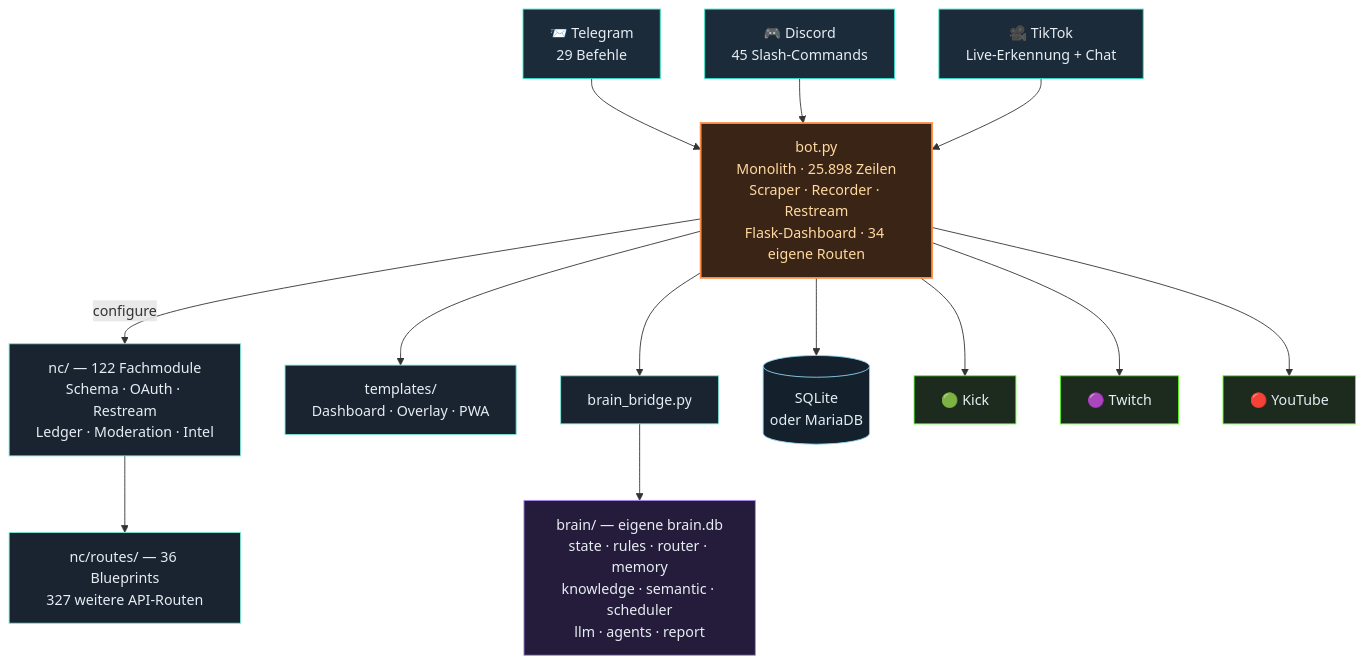
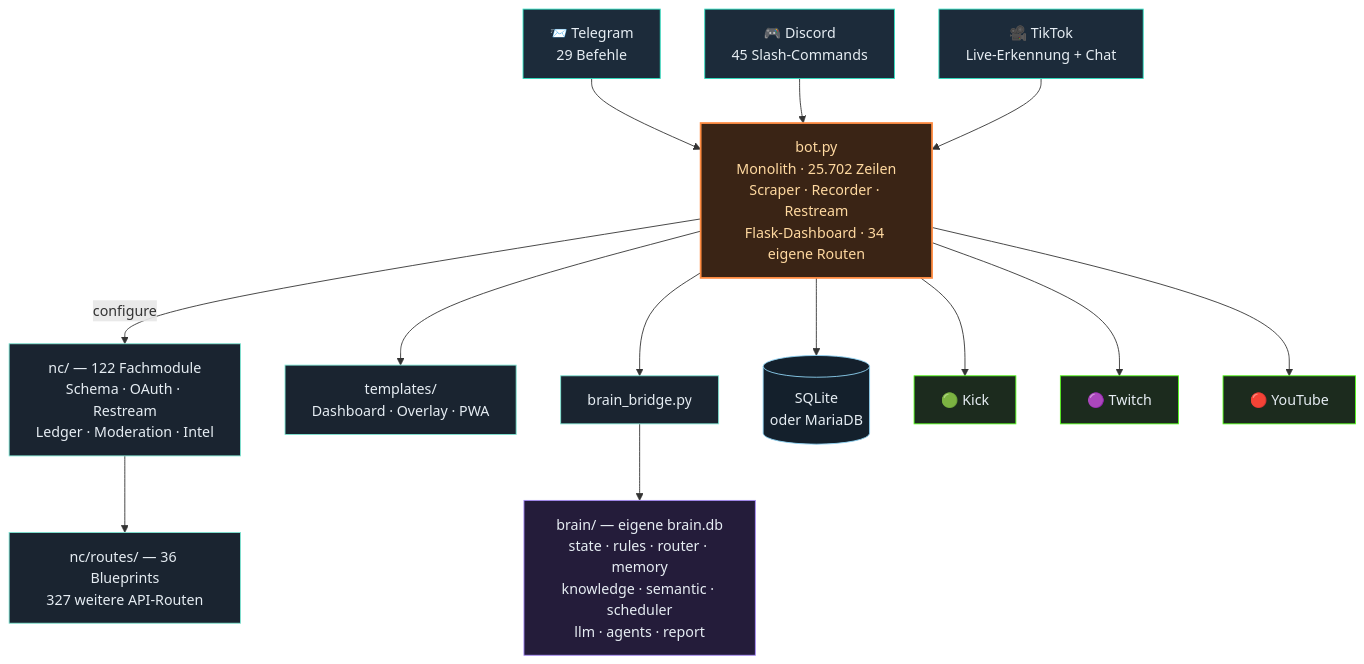
Before and after one commit to itsamemedev/Telegram-Stream-Info-Bot: the third of 4 diagrams in README.md, drawn with Mermaid. The commit also changed other lines of this file and 8 other files, not shown here.

````diff
--- a/README.md
+++ b/README.md
@@ -189,30 +189,30 @@
 ```mermaid
 flowchart TB
     TG["📨 Telegram<br/>29 Befehle"]:::ein
     DC["🎮 Discord<br/>45 Slash-Commands"]:::ein
     TT["🎥 TikTok<br/>Live-Erkennung + Chat"]:::ein
 
     TG --> BOT
     DC --> BOT
     TT --> BOT
 
-    BOT["bot.py<br/>Monolith · 25.898 Zeilen<br/>Scraper · Recorder · Restream<br/>Flask-Dashboard · 34 eigene Routen"]:::core
+    BOT["bot.py<br/>Monolith · 25.702 Zeilen<br/>Scraper · Recorder · Restream<br/>Flask-Dashboard · 34 eigene Routen"]:::core
 
     BOT -->|configure| NC["nc/ — 122 Fachmodule<br/>Schema · OAuth · Restream<br/>Ledger · Moderation · Intel"]:::lib
     NC --> RT["nc/routes/ — 36 Blueprints<br/>327 weitere API-Routen"]:::lib
     BOT --> TPL["templates/<br/>Dashboard · Overlay · PWA"]:::lib
     BOT --> BR["brain_bridge.py"]:::lib
     BR --> BRAIN["brain/ — eigene brain.db<br/>state · rules · router · memory<br/>knowledge · semantic · scheduler<br/>llm · agents · report"]:::brain
     BOT --> DB[("SQLite<br/>oder MariaDB")]:::db
 
     BOT --> KICK["🟢 Kick"]:::out
     BOT --> TW["🟣 Twitch"]:::out
     BOT --> YT["🔴 YouTube"]:::out
 
     classDef ein fill:#1c2b3a,stroke:#2de1c2,color:#e6edf3
     classDef core fill:#3a2415,stroke:#ff8c42,stroke-width:2px,color:#ffd9a0
     classDef lib fill:#1a2430,stroke:#7fe7d4,color:#e6edf3
     classDef brain fill:#241c3a,stroke:#a78bfa,color:#e6edf3
     classDef db fill:#14202c,stroke:#8fd3f4,color:#e6edf3
     classDef out fill:#1c2b1e,stroke:#53fc18,color:#e6edf3
 ```
````
